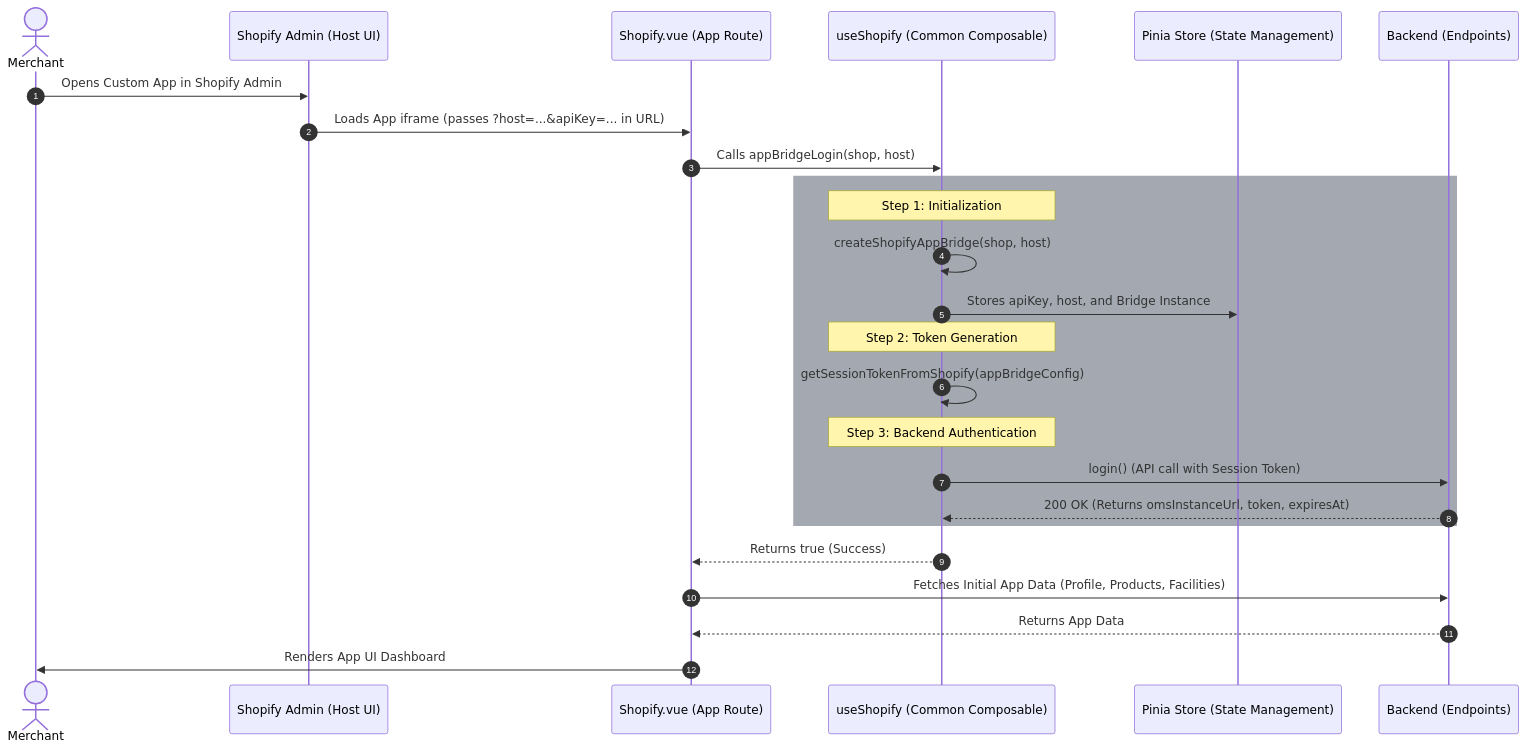
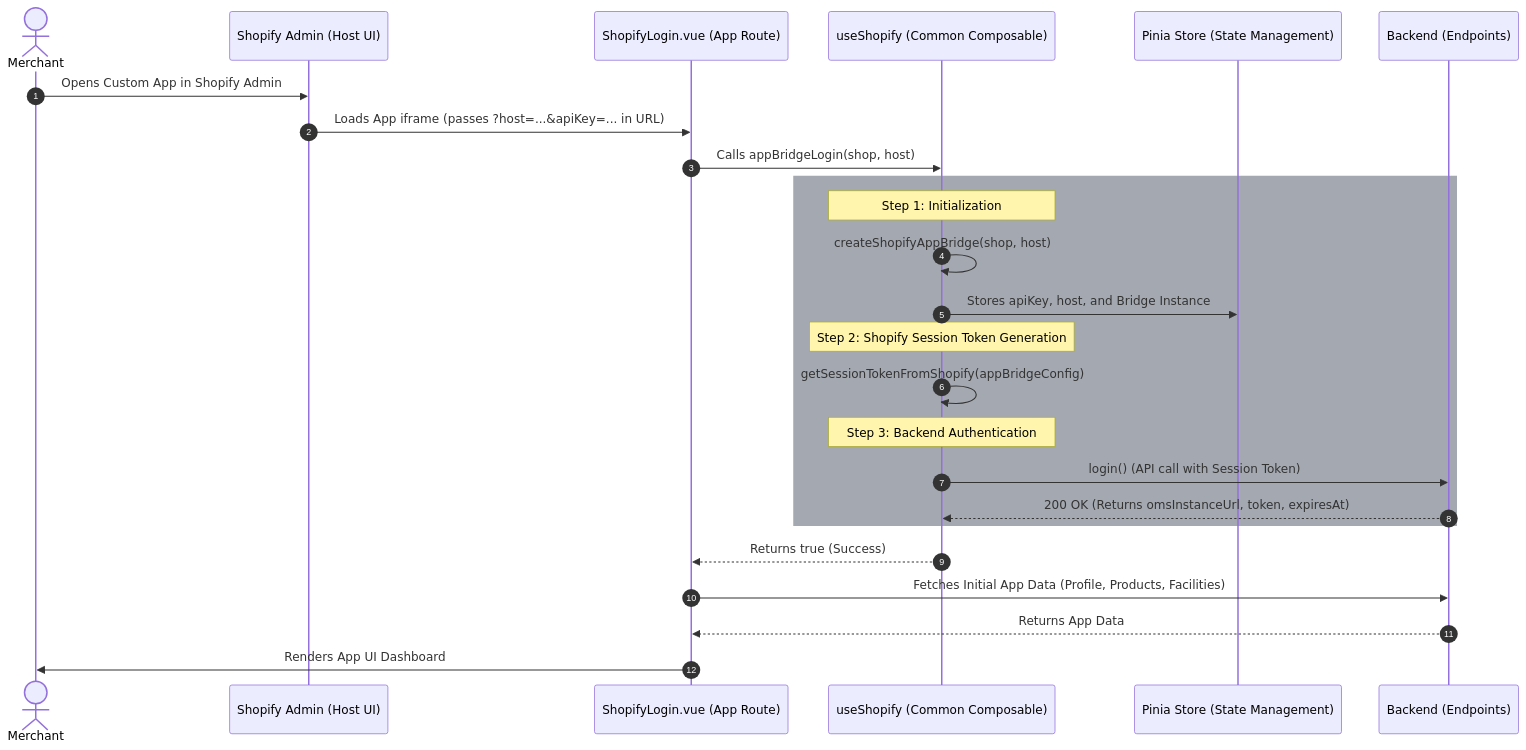
The diagram in docs/shopify-embedded-apps.md (hotwax/accxui), drawn with Mermaid before and after one commit. The commit also changed other lines of this file, not shown here.

Commit message:
Updated: Design document with changes in common utilities and Shopify Login page and route refactored names and changes in auth related utilities

````diff
--- a/docs/shopify-embedded-apps.md
+++ b/docs/shopify-embedded-apps.md
@@ -9,32 +9,32 @@
 ```mermaid
 sequenceDiagram
     autonumber
     actor Merchant
     participant Shopify as Shopify Admin (Host UI)
-    participant Page as Shopify.vue (App Route)
+    participant Page as ShopifyLogin.vue (App Route)
     participant Composable as useShopify (Common Composable)
     participant Store as Pinia Store (State Management)
     participant API as Backend (Endpoints)
 
     Merchant->>Shopify: Opens Custom App in Shopify Admin
     Shopify->>Page: Loads App iframe (passes ?host=...&apiKey=... in URL)
     Page->>Composable: Calls appBridgeLogin(shop, host)
     
     rect rgba(164, 169, 177, 1)
     Note over Composable: Step 1: Initialization
     Composable->>Composable: createShopifyAppBridge(shop, host)
     Composable->>Store: Stores apiKey, host, and Bridge Instance
     
-    Note over Composable: Step 2: Token Generation
+    Note over Composable: Step 2: Shopify Session Token Generation
     Composable->>Composable: getSessionTokenFromShopify(appBridgeConfig)
     
     Note over Composable: Step 3: Backend Authentication
     Composable->>API: login() (API call with Session Token)
     API-->>Composable: 200 OK (Returns omsInstanceUrl, token, expiresAt)
     end
     
     Composable-->>Page: Returns true (Success)
     Page->>API: Fetches Initial App Data (Profile, Products, Facilities)
     API-->>Page: Returns App Data
     Page->>Merchant: Renders App UI Dashboard
 ```
````
